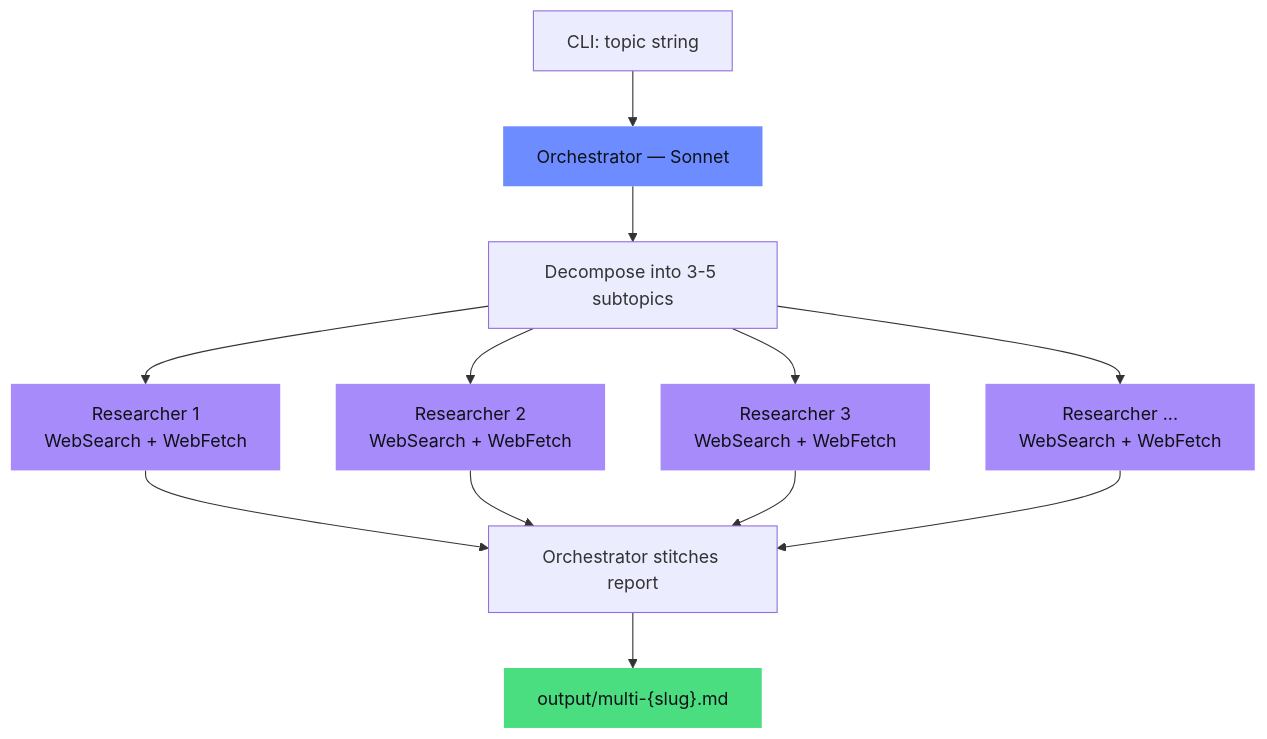
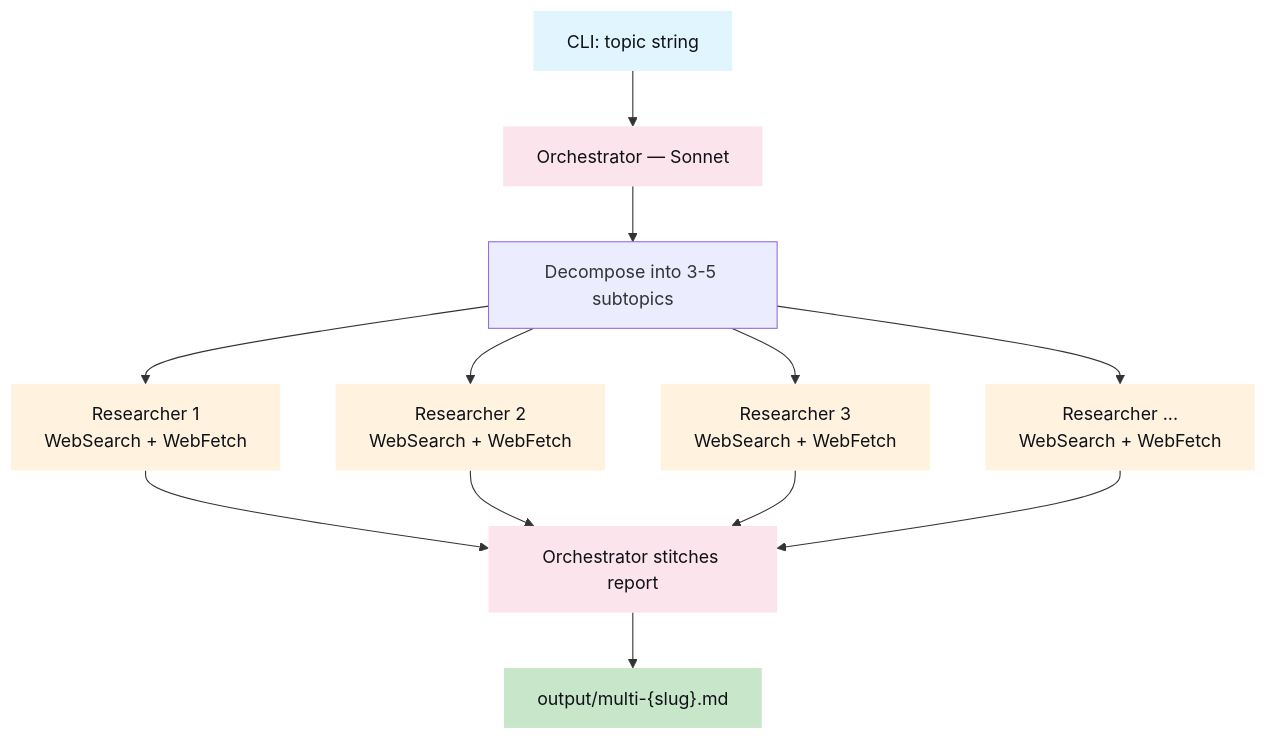
The second of 5 diagrams in README.md (mj-deving/managed-agents-research), drawn with Mermaid before and after one commit. The commit also changed other lines of this file, not shown here.

First line of the commit message:
design: Mermaid diagrams use n8n-email-triage pastel color palette

````diff
--- a/README.md
+++ b/README.md
@@ -136,21 +137,23 @@
 ```mermaid
 flowchart TD
     A["CLI: topic string"] --> B["Orchestrator — Sonnet"]
     B --> C["Decompose into 3-5 subtopics"]
     C --> D1["Researcher 1\nWebSearch + WebFetch"]
     C --> D2["Researcher 2\nWebSearch + WebFetch"]
     C --> D3["Researcher 3\nWebSearch + WebFetch"]
     C --> D4["Researcher ...\nWebSearch + WebFetch"]
     D1 --> E["Orchestrator stitches report"]
     D2 --> E
     D3 --> E
     D4 --> E
     E --> F["output/multi-{slug}.md"]
 
-    style B fill:#6c8cff,color:#0f1117,stroke:none
-    style D1 fill:#a78bfa,color:#0f1117,stroke:none
-    style D2 fill:#a78bfa,color:#0f1117,stroke:none
-    style D3 fill:#a78bfa,color:#0f1117,stroke:none
-    style D4 fill:#a78bfa,color:#0f1117,stroke:none
-    style F fill:#4ade80,color:#0f1117,stroke:none
+    style A fill:#e1f5fe,color:#0f1117,stroke:none
+    style B fill:#fce4ec,color:#0f1117,stroke:none
+    style D1 fill:#fff3e0,color:#0f1117,stroke:none
+    style D2 fill:#fff3e0,color:#0f1117,stroke:none
+    style D3 fill:#fff3e0,color:#0f1117,stroke:none
+    style D4 fill:#fff3e0,color:#0f1117,stroke:none
+    style E fill:#fce4ec,color:#0f1117,stroke:none
+    style F fill:#c8e6c9,color:#0f1117,stroke:none
 ```
````
